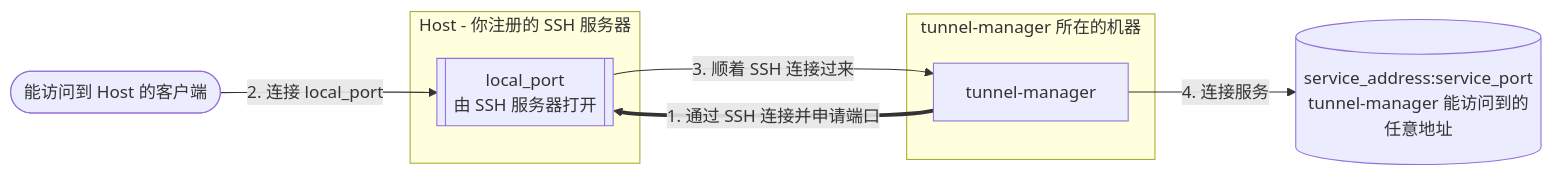
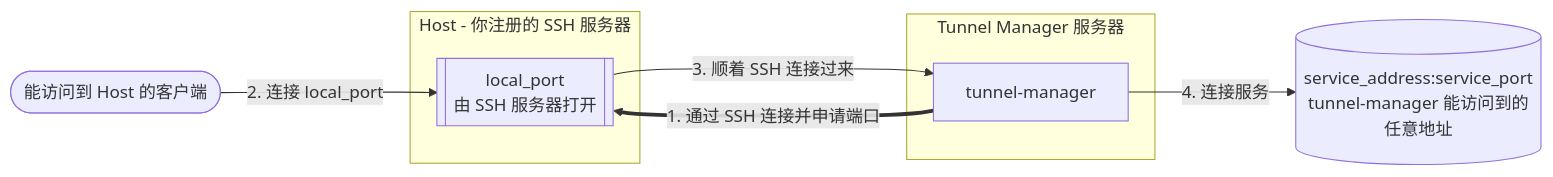
Before and after one commit to jollaman999/tunnel-manager: the first of 2 diagrams in docs/README.zh.md, drawn with Mermaid. The commit also changed other lines of this file and 7 other files, not shown here.

Commit message:
docs: Call it the Tunnel Manager server and a jump host

````diff
--- a/docs/README.zh.md
+++ b/docs/README.zh.md
@@ -19,16 +19,16 @@
 ```mermaid
 flowchart LR
     client(["能访问到 Host 的客户端"])
     subgraph host ["Host - 你注册的 SSH 服务器"]
         port[["local_port<br/>由 SSH 服务器打开"]]
     end
-    subgraph here ["tunnel-manager 所在的机器"]
+    subgraph here ["Tunnel Manager 服务器"]
         tm["tunnel-manager"]
     end
     service[("service_address:service_port<br/>tunnel-manager 能访问到的任意地址")]
 
     tm ==>|"1. 通过 SSH 连接并申请端口"| port
     client -->|"2. 连接 local_port"| port
     port -->|"3. 顺着 SSH 连接过来"| tm
     tm -->|"4. 连接服务"| service
 ```
````
